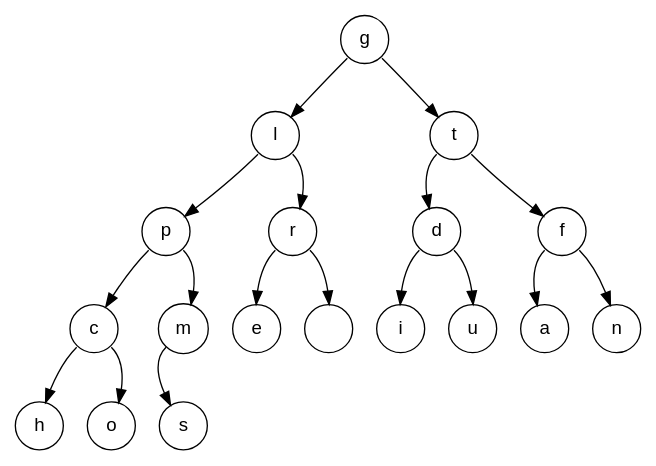
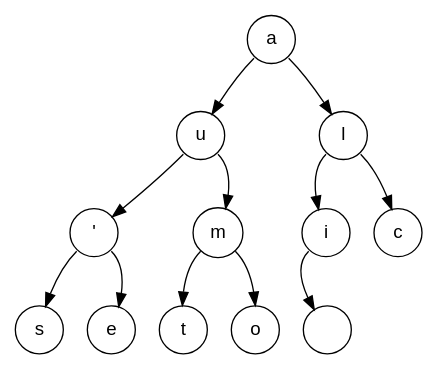
The diagram in fichiers_viz/minimier_etape_0.dot (Procuste34/codage_huffman_c), drawn with Graphviz before and after one commit. The commit also changed 47 other files, not shown here.

```diff
--- a/fichiers_viz/minimier_etape_0.dot
+++ b/fichiers_viz/minimier_etape_0.dot
@@ -1,38 +1,26 @@
 digraph POT_test {
 node [fontname="Arial", shape="circle", width=0.5];
-103 [label = "g"]
-103:sw -> 108
-103:se -> 116
+97 [label = "a"]
+97:sw -> 117
+97:se -> 108
+117 [label = "u"]
+117:sw -> 39
+117:se -> 109
+39 [label = "'"]
+39:sw -> 115
+39:se -> 101
+115 [label = "s"]
+101 [label = "e"]
+109 [label = "m"]
+109:sw -> 116
+109:se -> 111
+116 [label = "t"]
+111 [label = "o"]
 108 [label = "l"]
-108:sw -> 112
-108:se -> 114
-112 [label = "p"]
-112:sw -> 99
-112:se -> 109
+108:sw -> 105
+108:se -> 99
+105 [label = "i"]
+105:sw -> 32
+32 [label = " "]
 99 [label = "c"]
-99:sw -> 104
-99:se -> 111
-104 [label = "h"]
-111 [label = "o"]
-109 [label = "m"]
-109:sw -> 115
-115 [label = "s"]
-114 [label = "r"]
-114:sw -> 101
-114:se -> 32
-101 [label = "e"]
-32 [label = " "]
-116 [label = "t"]
-116:sw -> 100
-116:se -> 102
-100 [label = "d"]
-100:sw -> 105
-100:se -> 117
-105 [label = "i"]
-117 [label = "u"]
-102 [label = "f"]
-102:sw -> 97
-102:se -> 110
-97 [label = "a"]
-110 [label = "n"]
 }
```
